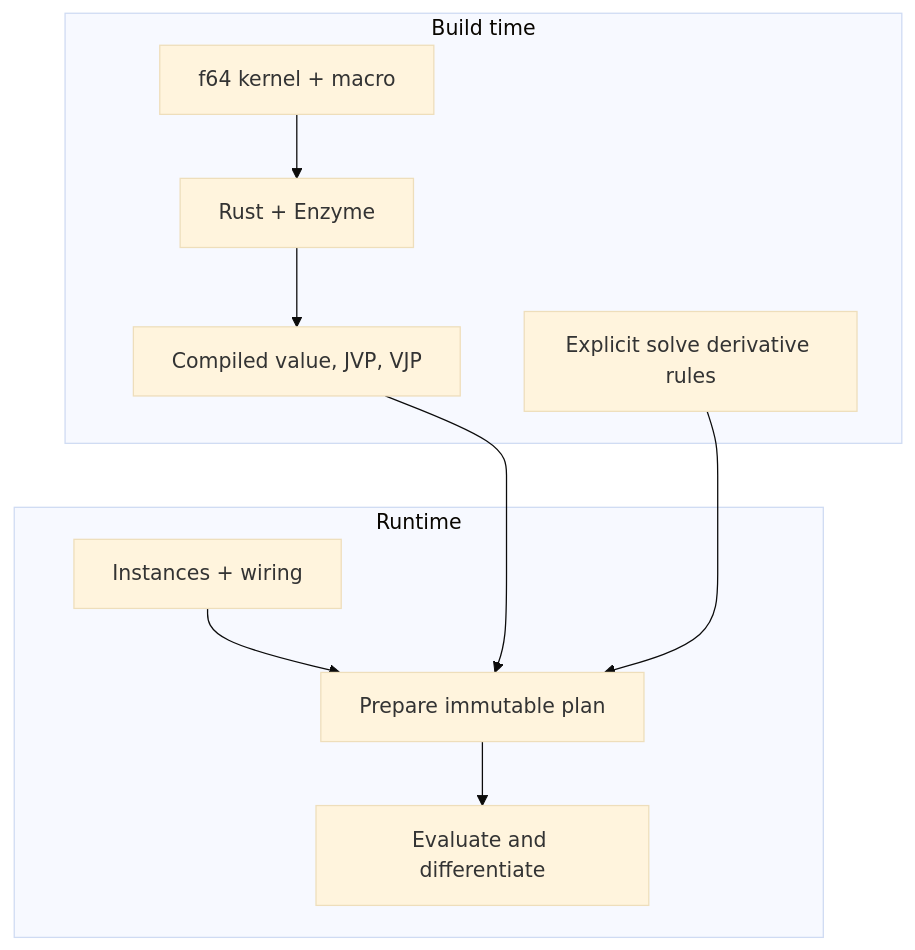
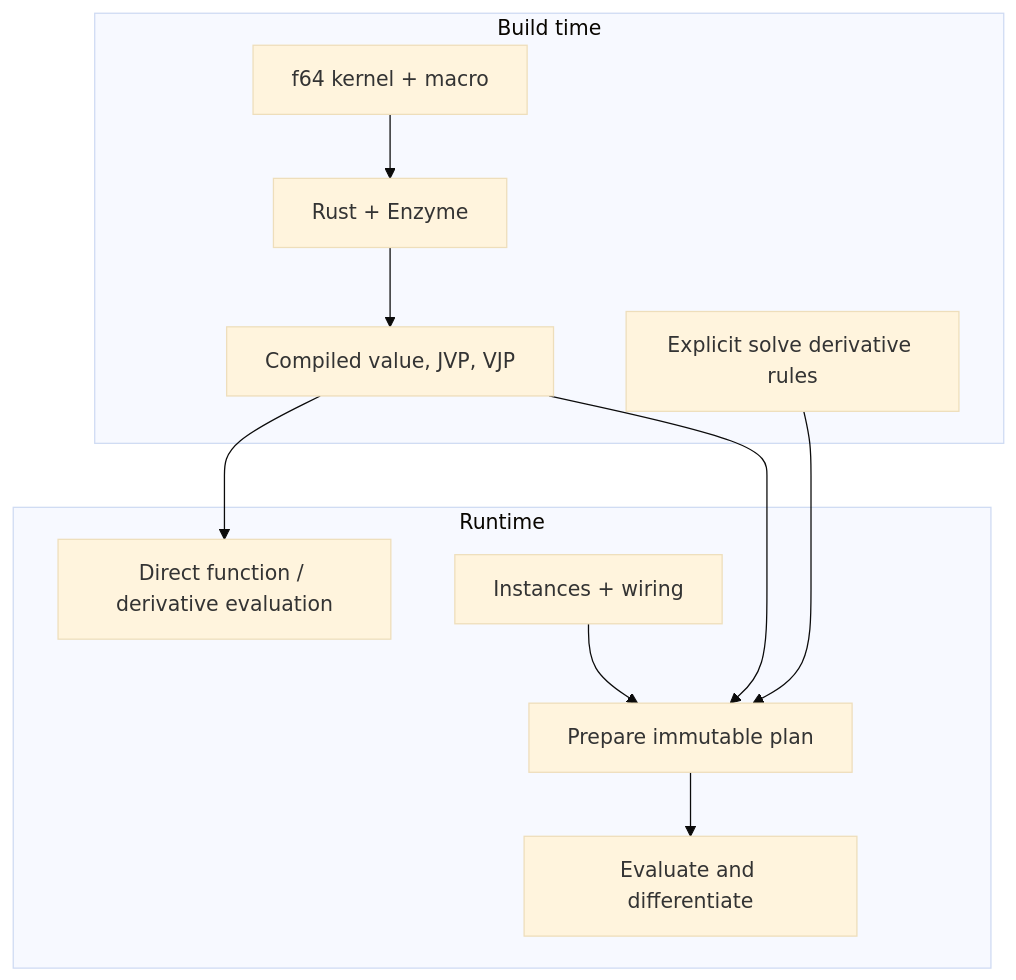
The first of 6 diagrams in docs/architecture.md (pantheon-rs/mercury), drawn with Mermaid (base theme) before and after one commit. The commit also changed other lines of this file and 19 other files, not shown here.

````diff
--- a/docs/architecture.md
+++ b/docs/architecture.md
@@ -11,16 +16,18 @@
 ```mermaid
 flowchart TD
     subgraph build["Build time"]
         K["f64 kernel + macro"] --> AD["Rust + Enzyme"]
         AD --> C["Compiled value, JVP, VJP"]
         S["Explicit solve derivative rules"]
     end
     subgraph runtime["Runtime"]
+        D["Direct function / derivative evaluation"]
         W["Instances + wiring"] --> P["Prepare immutable plan"]
         P --> E["Evaluate and differentiate"]
     end
     C --> P
+    C --> D
     S --> P
     C ~~~ W
     S ~~~ W
 ```
````
